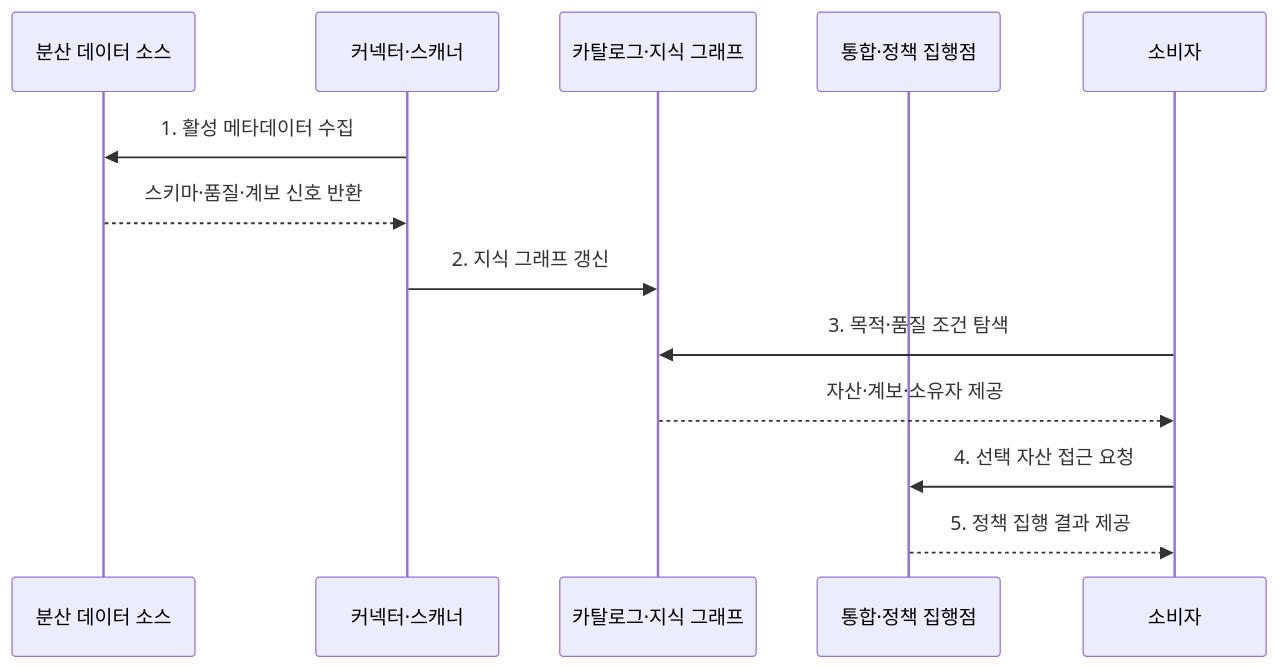
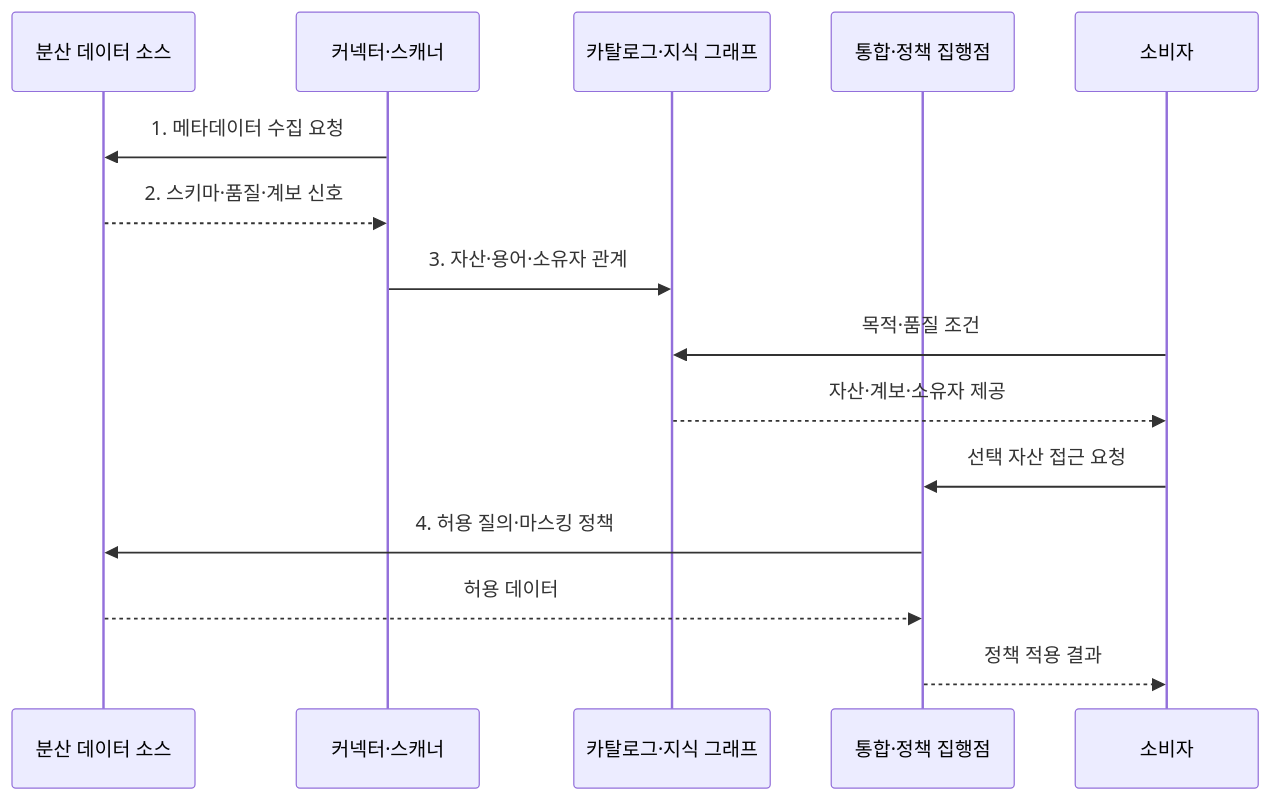
The second of 2 diagrams in src/content/docs/notes/03-software/132_data_fabric.md (agnusdei1207/knowledge-base), drawn with Mermaid before and after one commit. The commit also changed other lines of this file and 20 other files, not shown here.

````diff
--- a/src/content/docs/notes/03-software/132_data_fabric.md
+++ b/src/content/docs/notes/03-software/132_data_fabric.md
@@ -79,15 +88,17 @@
 ```mermaid
 sequenceDiagram
     participant S as 분산 데이터 소스
     participant C as 커넥터·스캐너
     participant K as 카탈로그·지식 그래프
     participant E as 통합·정책 집행점
     participant U as 소비자
-    C->>S: 1. 활성 메타데이터 수집
-    S-->>C: 스키마·품질·계보 신호 반환
-    C->>K: 2. 지식 그래프 갱신
-    U->>K: 3. 목적·품질 조건 탐색
+    C->>S: 1. 메타데이터 수집 요청
+    S-->>C: 2. 스키마·품질·계보 신호
+    C->>K: 3. 자산·용어·소유자 관계
+    U->>K: 목적·품질 조건
     K-->>U: 자산·계보·소유자 제공
-    U->>E: 4. 선택 자산 접근 요청
-    E-->>U: 5. 정책 집행 결과 제공
+    U->>E: 선택 자산 접근 요청
+    E->>S: 4. 허용 질의·마스킹 정책
+    S-->>E: 허용 데이터
+    E-->>U: 정책 적용 결과
 ```
````
